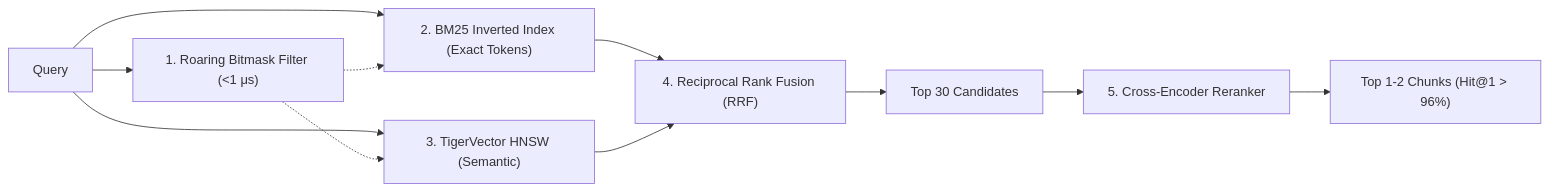
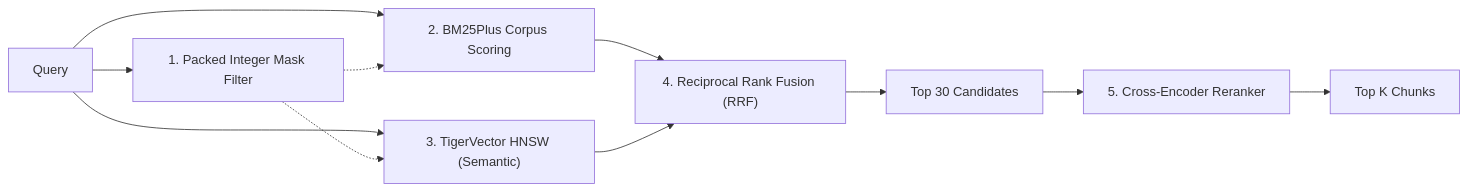
Before and after one commit to simon-derock/stellium: the diagram in PLAN_SPEC.md, drawn with Mermaid. The commit also changed other lines of this file, not shown here.

Commit message:
docs(plan): distinguish verified architecture and open gaps [committed by master-agent-001]

````diff
--- a/PLAN_SPEC.md
+++ b/PLAN_SPEC.md
@@ -485,16 +485,16 @@
 ```mermaid
 flowchart LR
-    Q[Query] --> Bitmask["1. Roaring Bitmask Filter (<1 μs)"]
-    Q --> BM25["2. BM25 Inverted Index (Exact Tokens)"]
+    Q[Query] --> Bitmask["1. Packed Integer Mask Filter"]
+    Q --> BM25["2. BM25Plus Corpus Scoring"]
     Q --> TGVector["3. TigerVector HNSW (Semantic)"]
     
     Bitmask -.-> BM25
     Bitmask -.-> TGVector
     
     BM25 --> RRF["4. Reciprocal Rank Fusion (RRF)"]
     TGVector --> RRF
     
     RRF --> Top30["Top 30 Candidates"]
     Top30 --> Rerank["5. Cross-Encoder Reranker"]
-    Rerank --> TopK["Top 1-2 Chunks (Hit@1 > 96%)"]
+    Rerank --> TopK["Top K Chunks"]
 ```
````
